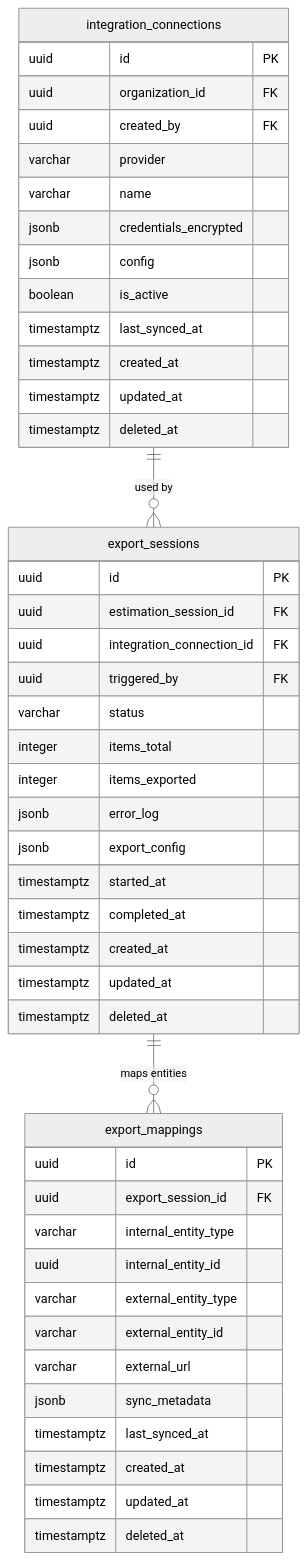
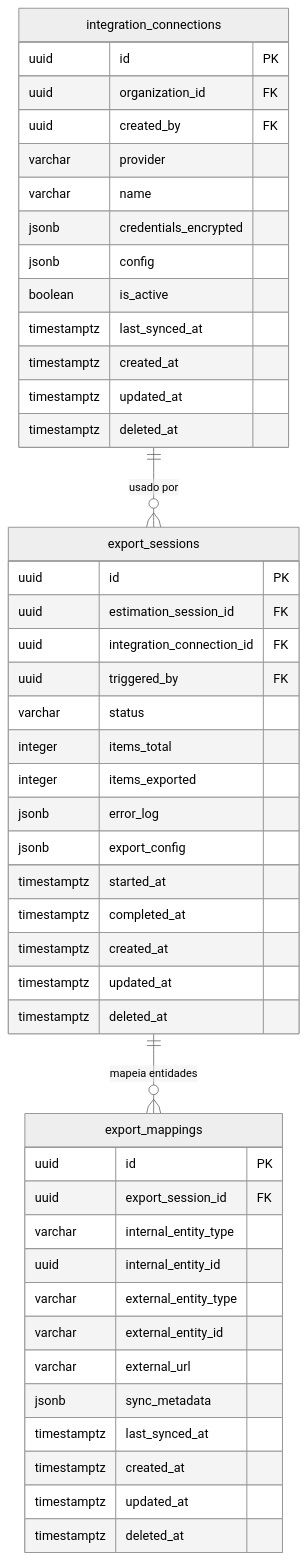
Before and after one commit to renatobardi/oute-main: the sixth of 8 diagrams in docs/database/schema-excalidraw.md, drawn with Mermaid (neutral theme). The commit also changed other lines of this file and 23 other files, not shown here.

````diff
--- a/docs/database/schema-excalidraw.md
+++ b/docs/database/schema-excalidraw.md
@@ -342,52 +342,52 @@
 ```mermaid
 erDiagram
     integration_connections {
         uuid id PK
         uuid organization_id FK
         uuid created_by FK
         varchar provider
         varchar name
         jsonb credentials_encrypted
         jsonb config
         boolean is_active
         timestamptz last_synced_at
         timestamptz created_at
         timestamptz updated_at
         timestamptz deleted_at
     }
 
     export_sessions {
         uuid id PK
         uuid estimation_session_id FK
         uuid integration_connection_id FK
         uuid triggered_by FK
         varchar status
         integer items_total
         integer items_exported
         jsonb error_log
         jsonb export_config
         timestamptz started_at
         timestamptz completed_at
         timestamptz created_at
         timestamptz updated_at
         timestamptz deleted_at
     }
 
     export_mappings {
         uuid id PK
         uuid export_session_id FK
         varchar internal_entity_type
         uuid internal_entity_id
         varchar external_entity_type
         varchar external_entity_id
         varchar external_url
         jsonb sync_metadata
         timestamptz last_synced_at
         timestamptz created_at
         timestamptz updated_at
         timestamptz deleted_at
     }
 
-    integration_connections ||--o{ export_sessions : "used by"
-    export_sessions ||--o{ export_mappings : "maps entities"
+    integration_connections ||--o{ export_sessions : "usado por"
+    export_sessions ||--o{ export_mappings : "mapeia entidades"
 ```
````
